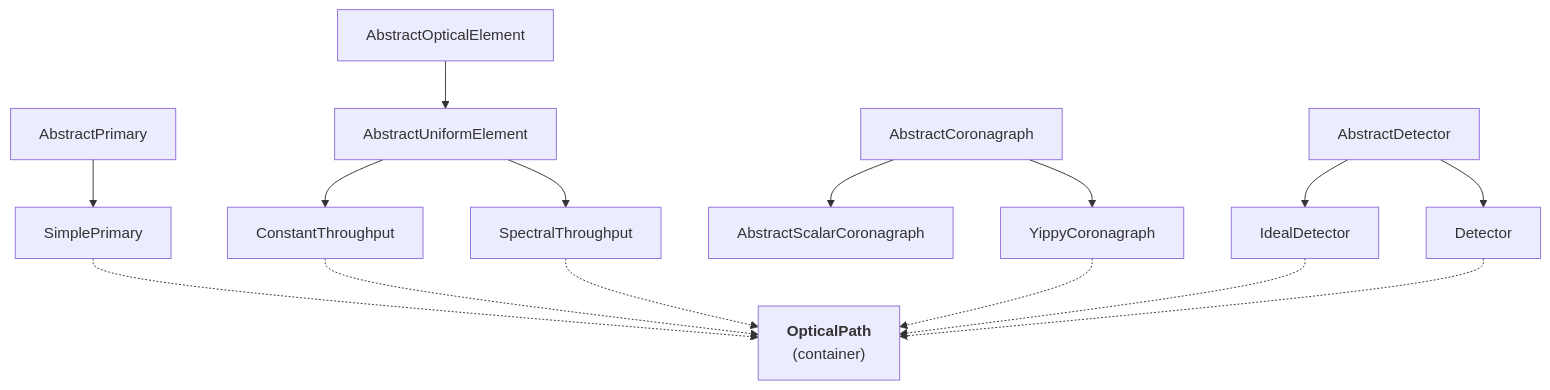
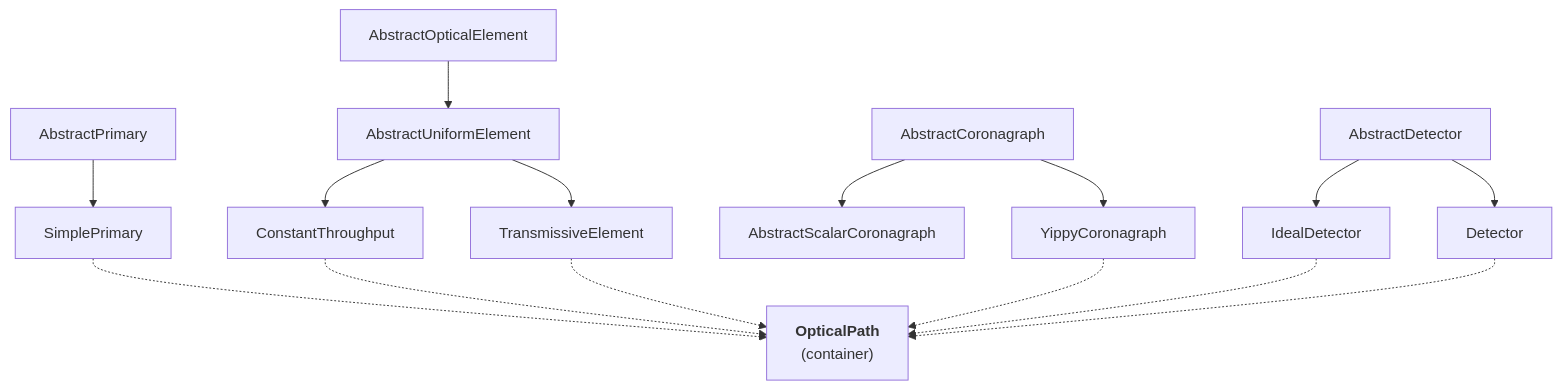
One commit to CoreySpohn/optixstuff changed the diagram in docs/explanation/architecture.md. Above: the diagram before and after it, drawn with Mermaid. The commit also changed other lines of this file and 7 other files, not shown here.

Commit message:
refactor!: optical elements hold a hwoutils Transmission; delete SpectralThroughput

````diff
--- a/docs/explanation/architecture.md
+++ b/docs/explanation/architecture.md
@@ -32,32 +32,32 @@
 ```mermaid
 flowchart TB
     AOE[AbstractOpticalElement]
     AUE[AbstractUniformElement]
     CT[ConstantThroughput]
-    ST[SpectralThroughput]
+    ST[TransmissiveElement]
     AP[AbstractPrimary]
     SP[SimplePrimary]
     AC[AbstractCoronagraph]
     ASC[AbstractScalarCoronagraph]
     YC[YippyCoronagraph]
     AD[AbstractDetector]
     ID[IdealDetector]
     D[Detector]
     OP["<b>OpticalPath</b><br/>(container)"]
 
     AOE --> AUE
     AUE --> CT
     AUE --> ST
     AP --> SP
     AC --> ASC
     AC --> YC
     AD --> ID
     AD --> D
 
     SP -.-> OP
     CT -.-> OP
     ST -.-> OP
     YC -.-> OP
     ID -.-> OP
     D -.-> OP
 ```
````
